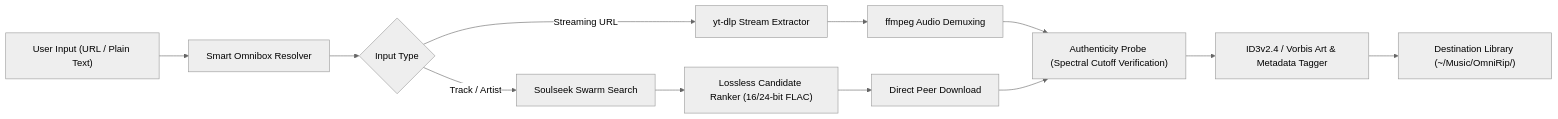
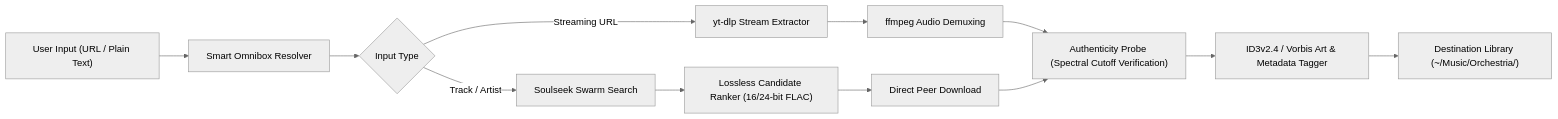
The second of 6 diagrams in docs/DOWNLOAD_AND_SETUP_GUIDE.md (abdullah-binmadhi/OmniRip), drawn with Mermaid (neutral theme) before and after one commit. The commit also changed other lines of this file and 77 other files, not shown here.

First line of the commit message:
feat: rebrand OmniRip to Orchestria and fix macOS CI/release runners

````diff
--- a/docs/DOWNLOAD_AND_SETUP_GUIDE.md
+++ b/docs/DOWNLOAD_AND_SETUP_GUIDE.md
@@ -185,18 +185,18 @@
 ```mermaid
 flowchart LR
     InputURL["User Input (URL / Plain Text)"] --> Omnibox["Smart Omnibox Resolver"]
     Omnibox --> IngestMode{"Input Type"}
 
     IngestMode -->|"Streaming URL"| YTDLP["yt-dlp Stream Extractor"]
     IngestMode -->|"Track / Artist"| SlskQuery["Soulseek Swarm Search"]
 
     YTDLP --> AudioExtract["ffmpeg Audio Demuxing"]
     SlskQuery --> RankEngine["Lossless Candidate Ranker (16/24-bit FLAC)"]
     RankEngine --> P2PDownload["Direct Peer Download"]
 
     AudioExtract --> SpectralCheck["Authenticity Probe (Spectral Cutoff Verification)"]
     P2PDownload --> SpectralCheck
 
     SpectralCheck --> Tagging["ID3v2.4 / Vorbis Art & Metadata Tagger"]
-    Tagging --> FinalFile["Destination Library (~/Music/OmniRip/)"]
+    Tagging --> FinalFile["Destination Library (~/Music/Orchestria/)"]
 ```
````
